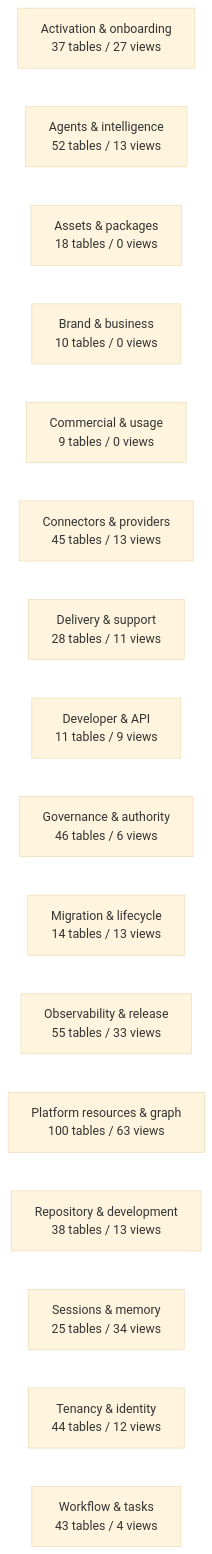
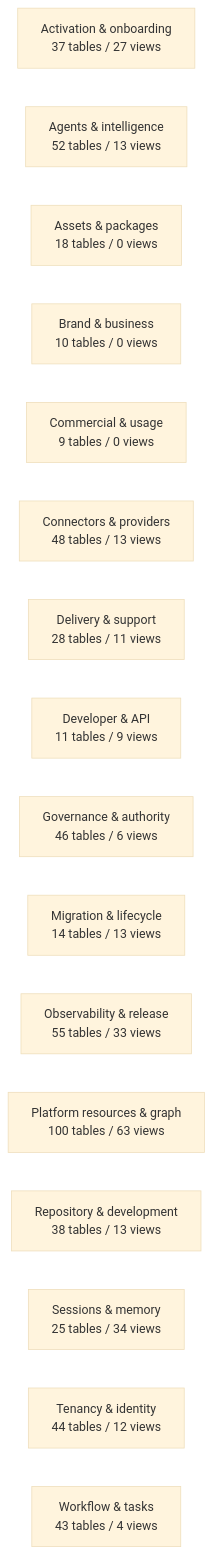
Before and after one commit to mad4bdigital-ai/multi-business-multi-role-growth-intelligence-os: the diagram in docs/work-maps/data-model-domain-map.md, drawn with Mermaid (base theme). The commit also changed other lines of this file and 20 other files, not shown here.

````diff
--- a/docs/work-maps/data-model-domain-map.md
+++ b/docs/work-maps/data-model-domain-map.md
@@ -9,19 +9,19 @@
 ```mermaid
 flowchart LR
   n_Activation___onboarding["Activation & onboarding<br/>37 tables / 27 views"]
   n_Agents___intelligence["Agents & intelligence<br/>52 tables / 13 views"]
   n_Assets___packages["Assets & packages<br/>18 tables / 0 views"]
   n_Brand___business["Brand & business<br/>10 tables / 0 views"]
   n_Commercial___usage["Commercial & usage<br/>9 tables / 0 views"]
-  n_Connectors___providers["Connectors & providers<br/>45 tables / 13 views"]
+  n_Connectors___providers["Connectors & providers<br/>48 tables / 13 views"]
   n_Delivery___support["Delivery & support<br/>28 tables / 11 views"]
   n_Developer___API["Developer & API<br/>11 tables / 9 views"]
   n_Governance___authority["Governance & authority<br/>46 tables / 6 views"]
   n_Migration___lifecycle["Migration & lifecycle<br/>14 tables / 13 views"]
   n_Observability___release["Observability & release<br/>55 tables / 33 views"]
   n_Platform_resources___graph["Platform resources & graph<br/>100 tables / 63 views"]
   n_Repository___development["Repository & development<br/>38 tables / 13 views"]
   n_Sessions___memory["Sessions & memory<br/>25 tables / 34 views"]
   n_Tenancy___identity["Tenancy & identity<br/>44 tables / 12 views"]
   n_Workflow___tasks["Workflow & tasks<br/>43 tables / 4 views"]
 ```
````
